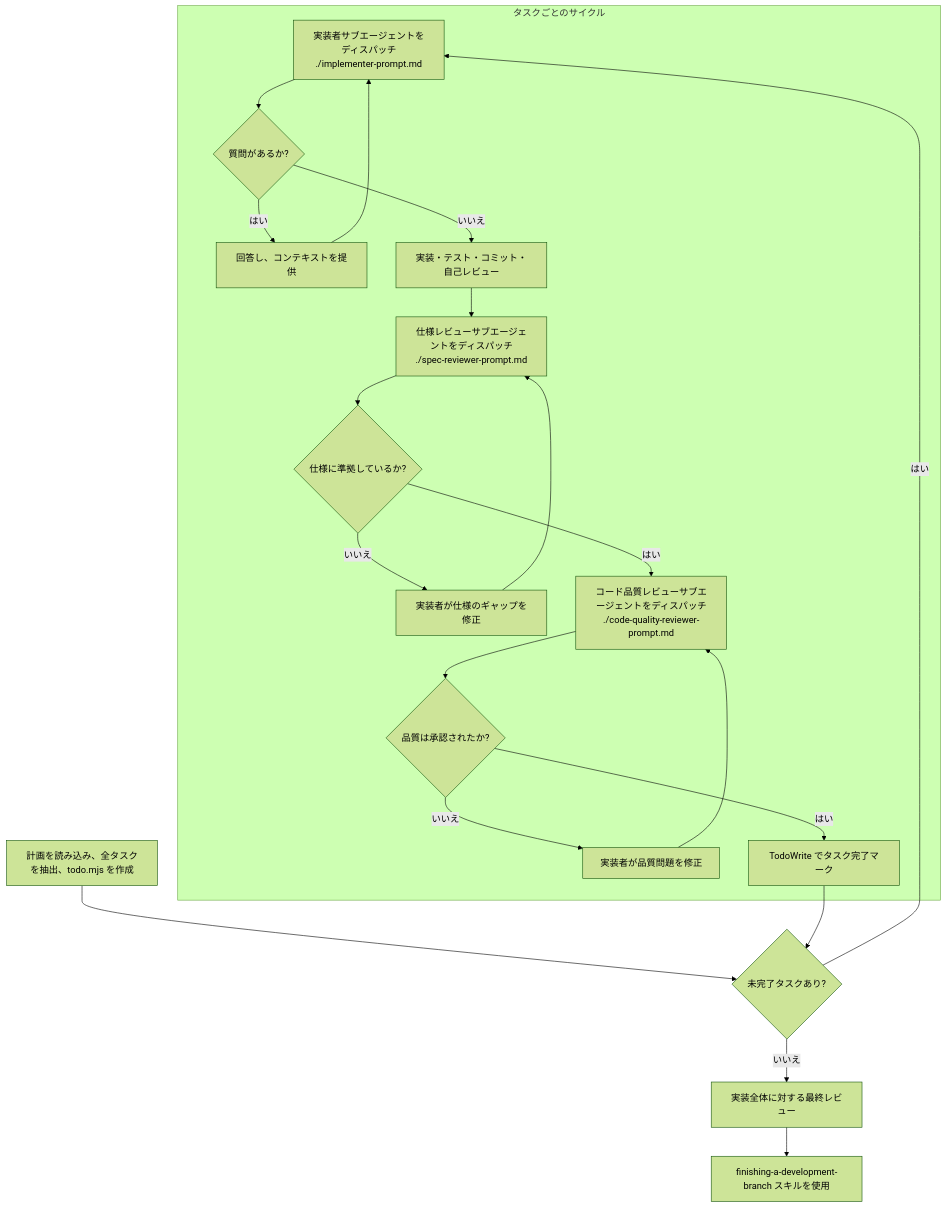
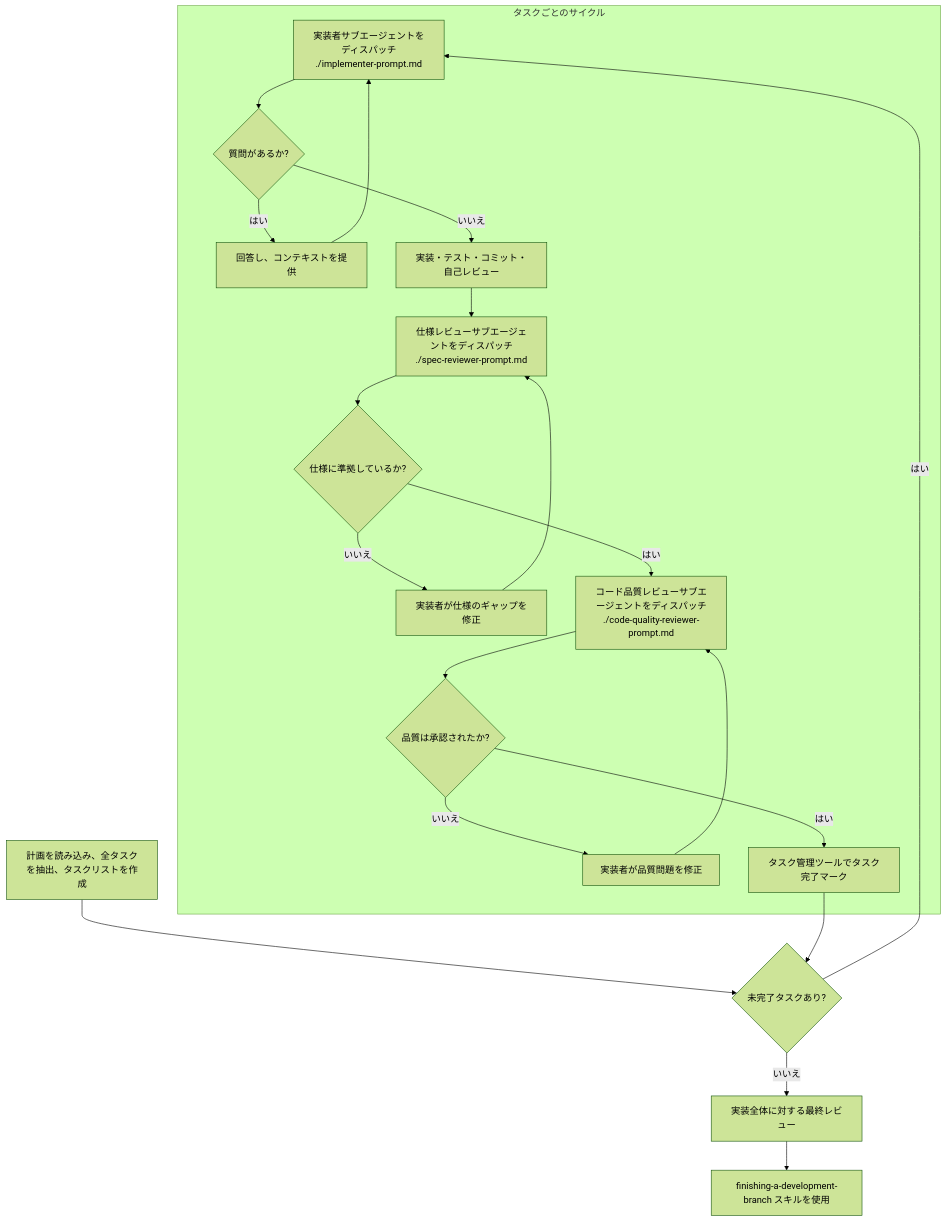
Before and after one commit to oki2a24/superpowerssuperpowers: the second of 2 diagrams in skills/subagent-driven-development/SKILL.md, drawn with Mermaid (forest theme). The commit also changed other lines of this file and 13 other files, not shown here.

````diff
--- a/skills/subagent-driven-development/SKILL.md
+++ b/skills/subagent-driven-development/SKILL.md
@@ -36,24 +36,24 @@
 ```mermaid
 graph TD
     subgraph per_task [タスクごとのサイクル]
         IMP[実装者サブエージェントをディスパッチ<br/>./implementer-prompt.md] --> Q{質問があるか?}
         Q -->|はい| ANS[回答し、コンテキストを提供]
         ANS --> IMP
         Q -->|いいえ| EXEC[実装・テスト・コミット・自己レビュー]
         EXEC --> SPEC_REV[仕様レビューサブエージェントをディスパッチ<br/>./spec-reviewer-prompt.md]
         SPEC_REV --> SPEC_OK{仕様に準拠しているか?}
         SPEC_OK -->|いいえ| FIX_SPEC[実装者が仕様のギャップを修正]
         FIX_SPEC --> SPEC_REV
         SPEC_OK -->|はい| QUAL_REV[コード品質レビューサブエージェントをディスパッチ<br/>./code-quality-reviewer-prompt.md]
         QUAL_REV --> QUAL_OK{品質は承認されたか?}
         QUAL_OK -->|いいえ| FIX_QUAL[実装者が品質問題を修正]
         FIX_QUAL --> QUAL_REV
-        QUAL_OK -->|はい| DONE_TASK[TodoWrite でタスク完了マーク]
+        QUAL_OK -->|はい| DONE_TASK[タスク管理ツールでタスク完了マーク]
     end
 
-    START[計画を読み込み、全タスクを抽出、todo.mjs を作成] --> NEXT{未完了タスクあり?}
+    START[計画を読み込み、全タスクを抽出、タスクリストを作成] --> NEXT{未完了タスクあり?}
     NEXT -->|はい| IMP
     DONE_TASK --> NEXT
     NEXT -->|いいえ| FINAL[実装全体に対する最終レビュー]
     FINAL --> FINISH[finishing-a-development-branch スキルを使用]
 ```
````
